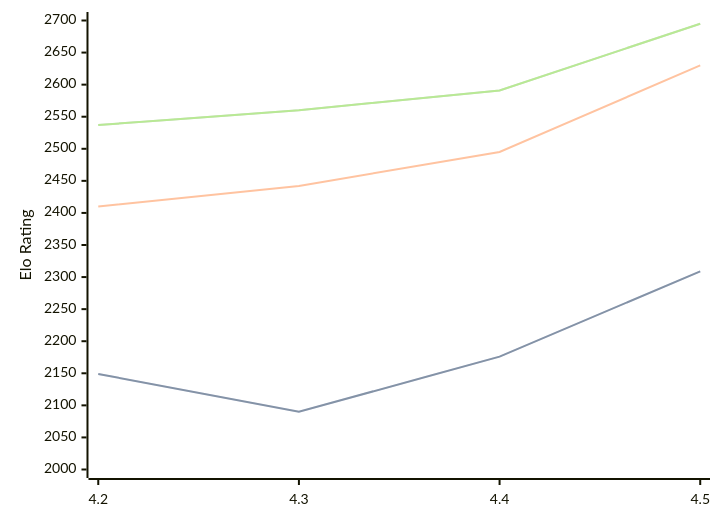
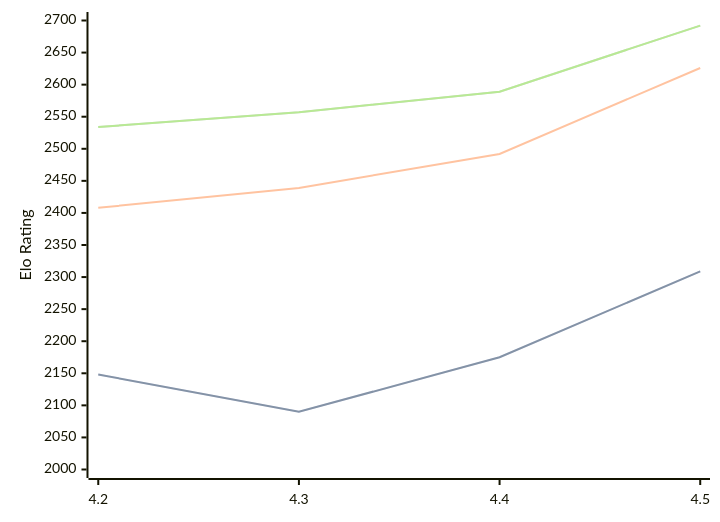
The diagram in engines/Eubos.md (computer-chess-index/cci), drawn with Mermaid before and after one commit. The commit also changed other lines of this file, not shown here.

Commit message:
Update CCI Ratings (ELO VLTC) - 2026-08-12

````diff
--- a/engines/Eubos.md
+++ b/engines/Eubos.md
@@ -34,11 +34,11 @@
 ```mermaid
 %%{init: {"theme":"base","themeVariables":{"seriesColors:['#a3a3a3','#222221','#faa371']}}}%%
 xychart-beta
   x-axis ["4.2", "4.3", "4.4", "4.5"]
   y-axis "Elo Rating" 2000 --> 2700
-  line "STC (8.0+0.08s)" [2149, 2090, 2176, 2309]
-  line "STC (8.0+0.08s)" [2149, 2090, 2176, 2309]
-  line "LTC (60.0+0.60s)" [2410, 2442, 2495, 2630]
-  line "VLTC (2m24s+1.12s)" [2537, 2560, 2591, 2695]
-  line "VLTC (2m24s+1.12s)" [2537, 2560, 2591, 2695]
+  line "STC (8.0+0.08s)" [2148, 2090, 2175, 2309]
+  line "STC (8.0+0.08s)" [2148, 2090, 2175, 2309]
+  line "LTC (60.0+0.60s)" [2408, 2439, 2492, 2626]
+  line "VLTC (2m24s+1.12s)" [2534, 2557, 2589, 2692]
+  line "VLTC (2m24s+1.12s)" [2534, 2557, 2589, 2692]
 ```
````
